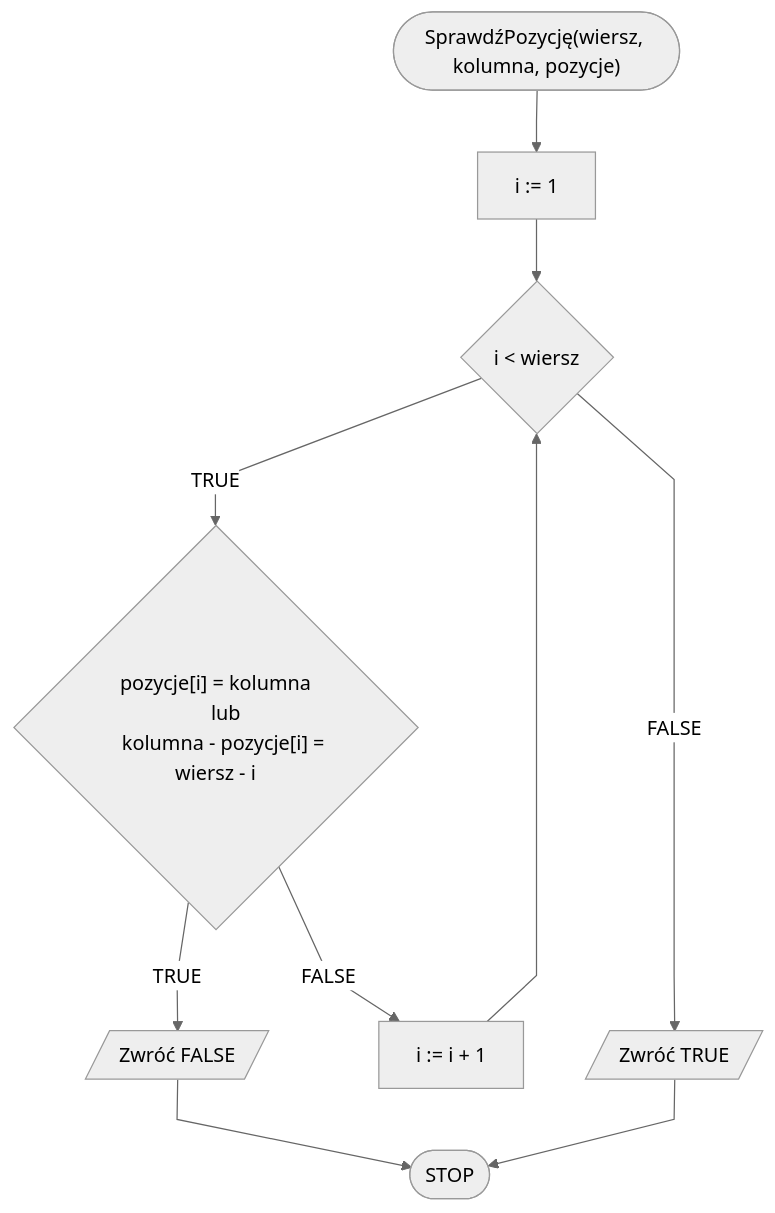
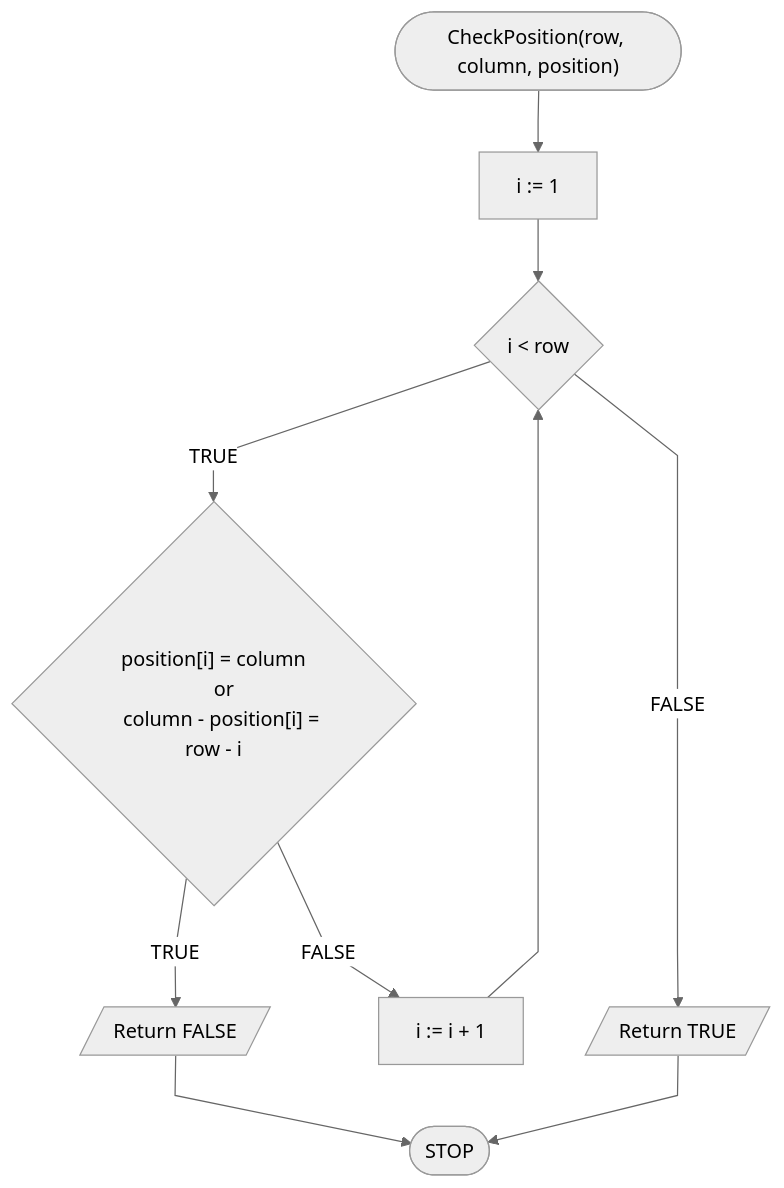
The first of 2 diagrams in docs/algorithms/backtracking/n-queens.md (blackbat13/edu-cs-htiew-en), drawn with Mermaid before and after one commit. The commit also changed other lines of this file and 8 other files, not shown here.

````diff
--- a/docs/algorithms/backtracking/n-queens.md
+++ b/docs/algorithms/backtracking/n-queens.md
@@ -87,15 +87,15 @@
 ```mermaid
 %%{init: {"flowchart": {"curve": "linear"}, "theme": "neutral"} }%%
 flowchart TD
-    START(["SprawdźPozycję(wiersz, kolumna, pozycje)"]) --> K0[i := 1]
-    K0 --> K1{i < wiersz}
-    K1 -- TRUE --> K2{"pozycje[i] = kolumna
-    lub
-    kolumna - pozycje[i] = wiersz - i"}
-    K2 -- TRUE --> K3[/Zwróć FALSE/]
+    START(["CheckPosition(row, column, position)"]) --> K0[i := 1]
+    K0 --> K1{i < row}
+    K1 -- TRUE --> K2{"position[i] = column
+    or
+    column - position[i] = row - i"}
+    K2 -- TRUE --> K3[/Return FALSE/]
     K2 -- FALSE --> K1i[i := i + 1]
     K1i --> K1
-    K1 -- FALSE --> K4[/Zwróć TRUE/]
+    K1 -- FALSE --> K4[/Return TRUE/]
     K3 --> STOP([STOP])
     K4 --> STOP
 ```
````
